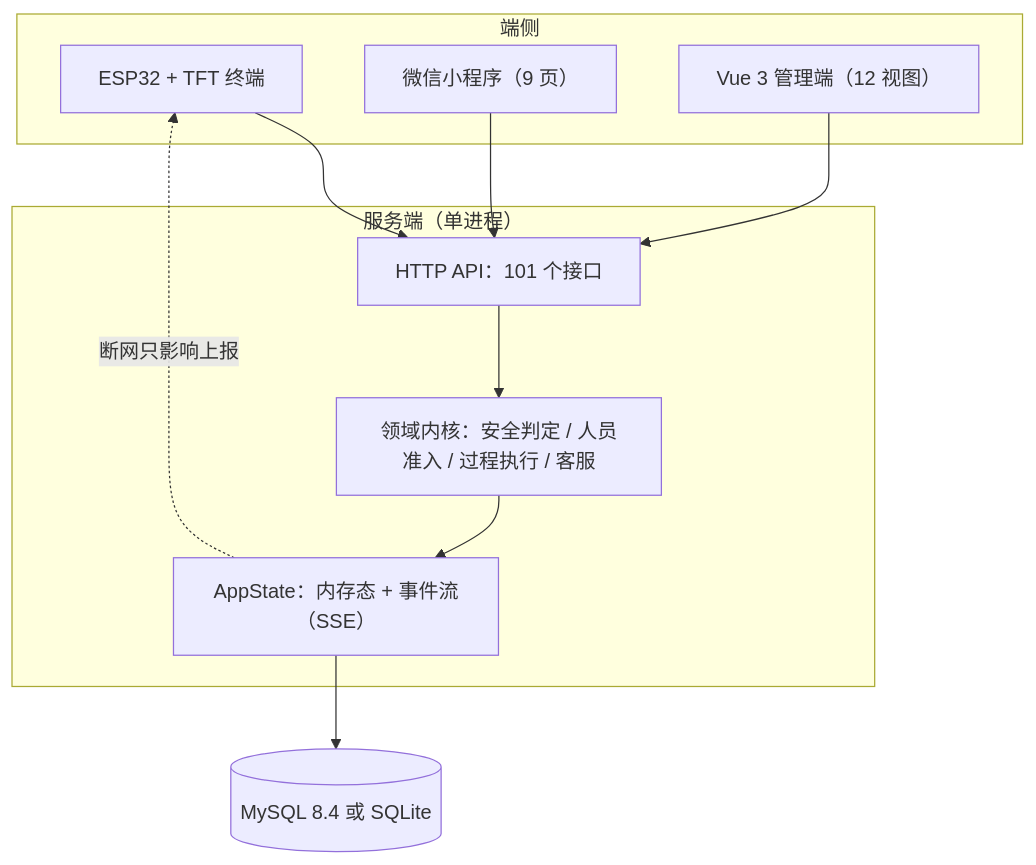
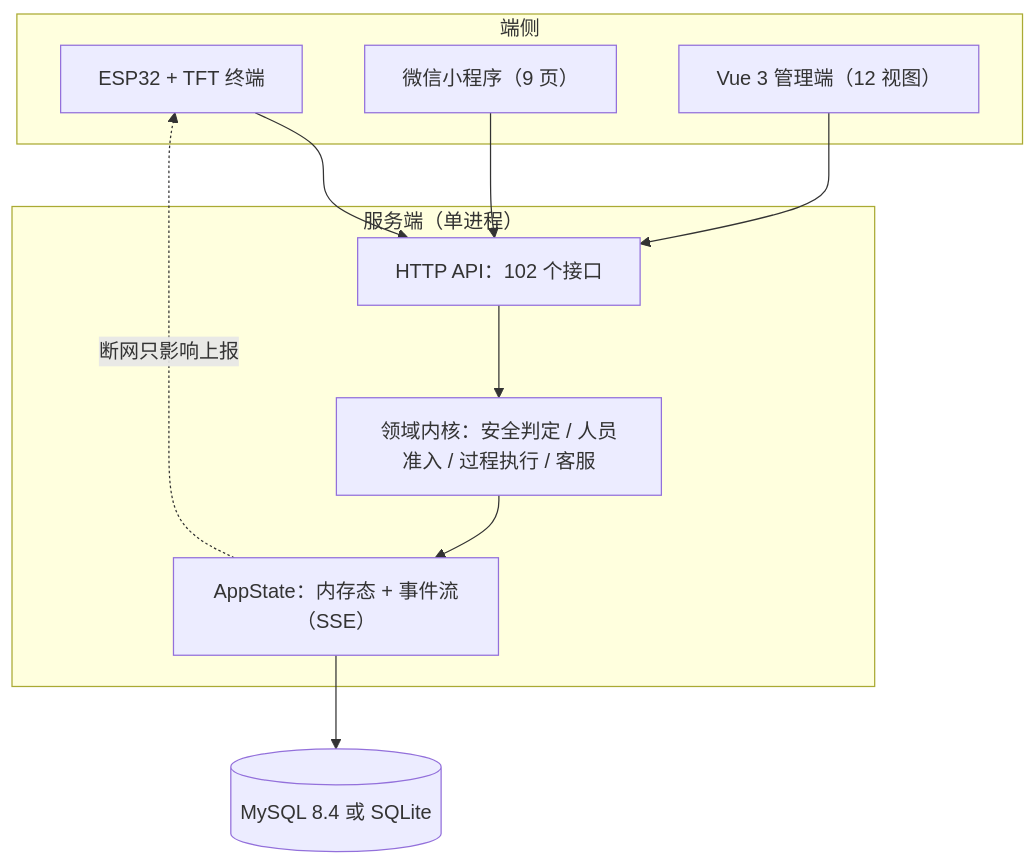
One commit to czm668/kitchen-system changed the diagram in README.md. Above: the diagram before and after it, drawn with Mermaid. The commit also changed other lines of this file and 3 other files, not shown here.

````diff
--- a/README.md
+++ b/README.md
@@ -31,19 +31,19 @@
 ```mermaid
 flowchart TB
   subgraph E["端侧"]
     ESP["ESP32 + TFT 终端"]
     MP["微信小程序（9 页）"]
     WEB["Vue 3 管理端（12 视图）"]
   end
   subgraph S["服务端（单进程）"]
-    API["HTTP API：101 个接口"]
+    API["HTTP API：102 个接口"]
     CORE["领域内核：安全判定 / 人员准入 / 过程执行 / 客服"]
     ST["AppState：内存态 + 事件流（SSE）"]
   end
   DB[("MySQL 8.4 或 SQLite")]
   ESP --> API
   MP --> API
   WEB --> API
   API --> CORE --> ST --> DB
   ST -.->|断网只影响上报| ESP
 ```
````
